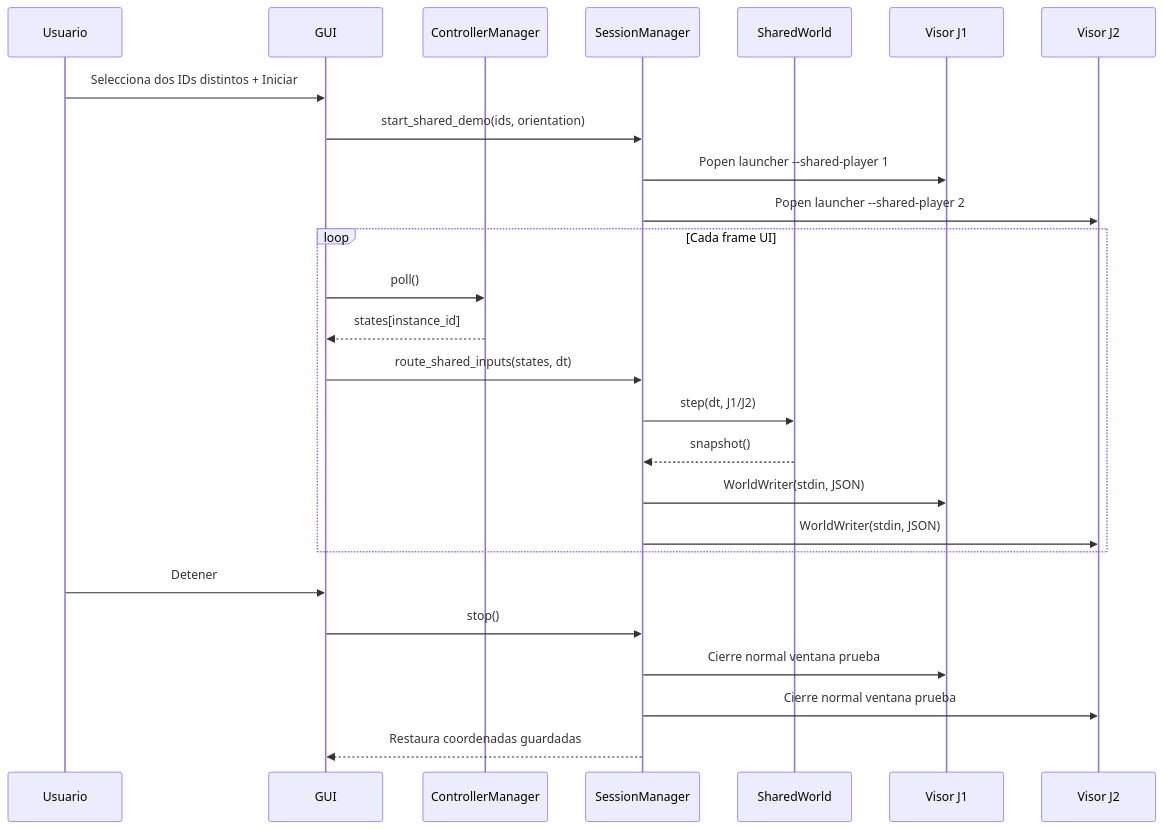
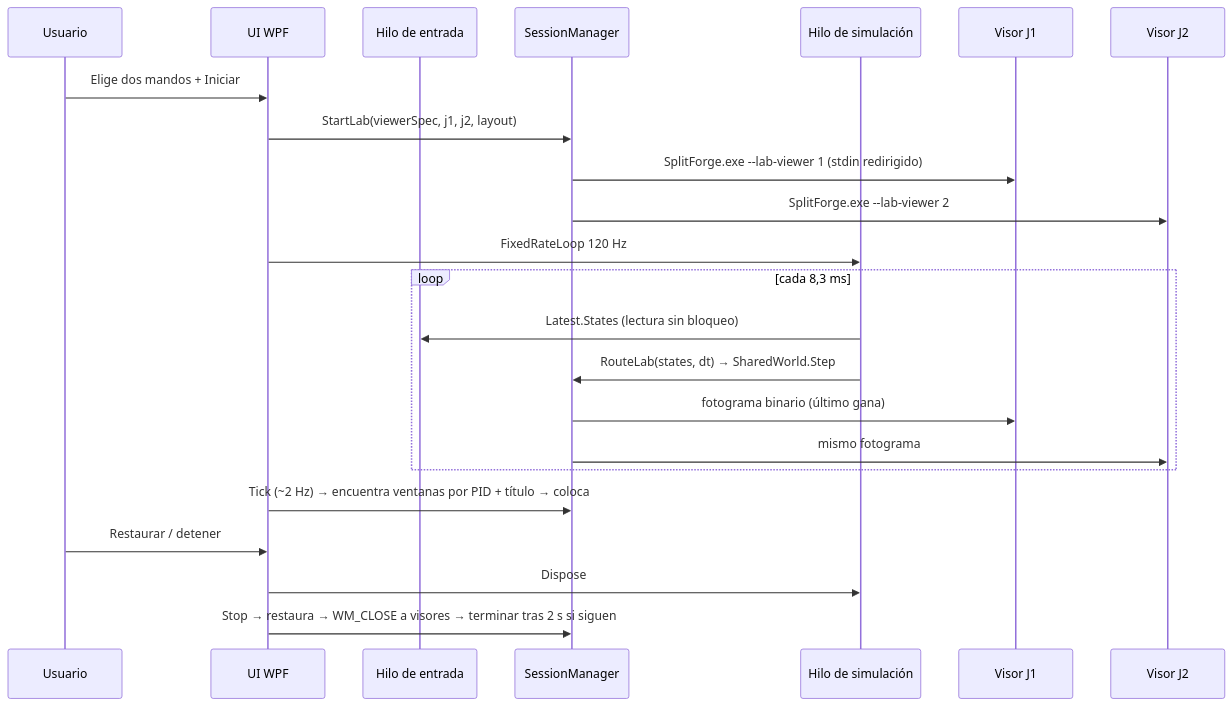
One commit to FaberGomezDev/SplitForge changed the first of 2 diagrams in docs/13-FLUJOS-Y-DATOS.md. Above: the diagram before and after it, drawn with Mermaid. The commit also changed other lines of this file and 31 other files, not shown here.

First line of the commit message:
Recuperación tras cierre inesperado, entrada a 1000 Hz real y documentación 0.7

````diff
--- a/docs/13-FLUJOS-Y-DATOS.md
+++ b/docs/13-FLUJOS-Y-DATOS.md
@@ -5,28 +14,25 @@
 ```mermaid
 sequenceDiagram
     participant U as Usuario
-    participant G as GUI
-    participant P as ControllerManager
+    participant G as UI WPF
+    participant I as Hilo de entrada
     participant S as SessionManager
-    participant W as SharedWorld
+    participant L as Hilo de simulación
     participant V1 as Visor J1
     participant V2 as Visor J2
-    U->>G: Selecciona dos IDs distintos + Iniciar
-    G->>S: start_shared_demo(ids, orientation)
-    S->>V1: Popen launcher --shared-player 1
-    S->>V2: Popen launcher --shared-player 2
-    loop Cada frame UI
-        G->>P: poll()
-        P-->>G: states[instance_id]
-        G->>S: route_shared_inputs(states, dt)
-        S->>W: step(dt, J1/J2)
-        W-->>S: snapshot()
-        S->>V1: WorldWriter(stdin, JSON)
-        S->>V2: WorldWriter(stdin, JSON)
+    U->>G: Elige dos mandos + Iniciar
+    G->>S: StartLab(viewerSpec, j1, j2, layout)
+    S->>V1: SplitForge.exe --lab-viewer 1 (stdin redirigido)
+    S->>V2: SplitForge.exe --lab-viewer 2
+    G->>L: FixedRateLoop 120 Hz
+    loop cada 8,3 ms
+        L->>I: Latest.States (lectura sin bloqueo)
+        L->>S: RouteLab(states, dt) → SharedWorld.Step
+        S->>V1: fotograma binario (último gana)
+        S->>V2: mismo fotograma
     end
-    U->>G: Detener
-    G->>S: stop()
-    S->>V1: Cierre normal ventana prueba
-    S->>V2: Cierre normal ventana prueba
-    S-->>G: Restaura coordenadas guardadas
+    G->>S: Tick (~2 Hz) → encuentra ventanas por PID + título → coloca
+    U->>G: Restaurar / detener
+    G->>L: Dispose
+    G->>S: Stop → restaura → WM_CLOSE a visores → terminar tras 2 s si siguen
 ```
````
